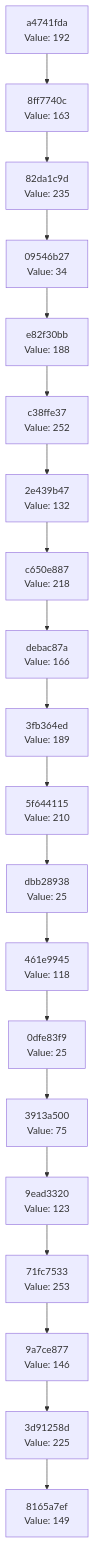
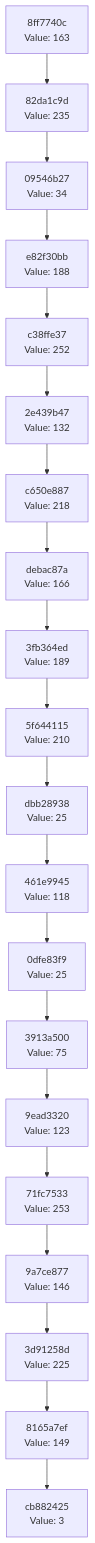
One commit to Abhisheksinha1506/hash-chain-evolver changed the diagram in docs/CHAIN_VISUALIZATION.md. Above: the diagram before and after it, drawn with Mermaid. The commit also changed 1 other file, not shown here.

Commit message:
Evolution Step

````diff
--- a/docs/CHAIN_VISUALIZATION.md
+++ b/docs/CHAIN_VISUALIZATION.md
@@ -3,42 +3,42 @@
 ```mermaid
 graph TD
-    C0["8165a7ef<br/>Value: 149"]
-    C1["3d91258d<br/>Value: 225"]
+    C0["cb882425<br/>Value: 3"]
+    C1["8165a7ef<br/>Value: 149"]
     C1 --> C0
-    C2["9a7ce877<br/>Value: 146"]
+    C2["3d91258d<br/>Value: 225"]
     C2 --> C1
-    C3["71fc7533<br/>Value: 253"]
+    C3["9a7ce877<br/>Value: 146"]
     C3 --> C2
-    C4["9ead3320<br/>Value: 123"]
+    C4["71fc7533<br/>Value: 253"]
     C4 --> C3
-    C5["3913a500<br/>Value: 75"]
+    C5["9ead3320<br/>Value: 123"]
     C5 --> C4
-    C6["0dfe83f9<br/>Value: 25"]
+    C6["3913a500<br/>Value: 75"]
     C6 --> C5
-    C7["461e9945<br/>Value: 118"]
+    C7["0dfe83f9<br/>Value: 25"]
     C7 --> C6
-    C8["dbb28938<br/>Value: 25"]
+    C8["461e9945<br/>Value: 118"]
     C8 --> C7
-    C9["5f644115<br/>Value: 210"]
+    C9["dbb28938<br/>Value: 25"]
     C9 --> C8
-    C10["3fb364ed<br/>Value: 189"]
+    C10["5f644115<br/>Value: 210"]
     C10 --> C9
-    C11["debac87a<br/>Value: 166"]
+    C11["3fb364ed<br/>Value: 189"]
     C11 --> C10
-    C12["c650e887<br/>Value: 218"]
+    C12["debac87a<br/>Value: 166"]
     C12 --> C11
-    C13["2e439b47<br/>Value: 132"]
+    C13["c650e887<br/>Value: 218"]
     C13 --> C12
-    C14["c38ffe37<br/>Value: 252"]
+    C14["2e439b47<br/>Value: 132"]
     C14 --> C13
-    C15["e82f30bb<br/>Value: 188"]
+    C15["c38ffe37<br/>Value: 252"]
     C15 --> C14
-    C16["09546b27<br/>Value: 34"]
+    C16["e82f30bb<br/>Value: 188"]
     C16 --> C15
-    C17["82da1c9d<br/>Value: 235"]
+    C17["09546b27<br/>Value: 34"]
     C17 --> C16
-    C18["8ff7740c<br/>Value: 163"]
+    C18["82da1c9d<br/>Value: 235"]
     C18 --> C17
-    C19["a4741fda<br/>Value: 192"]
+    C19["8ff7740c<br/>Value: 163"]
     C19 --> C18
 ```
````
